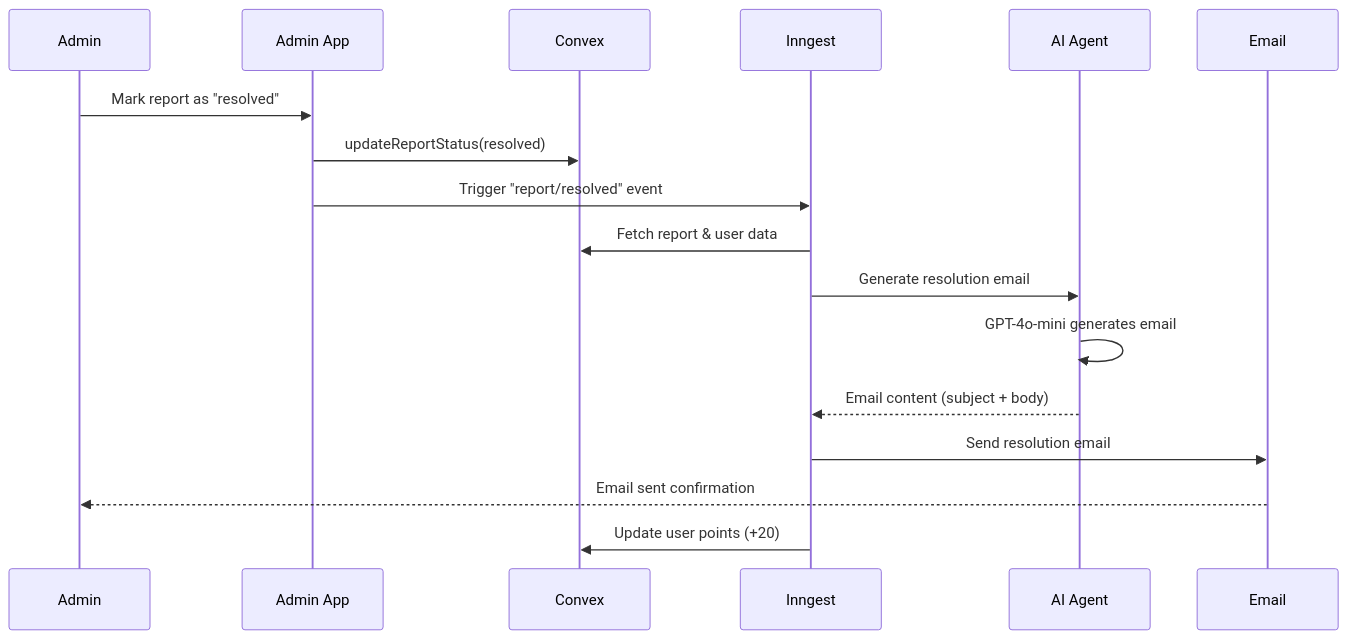
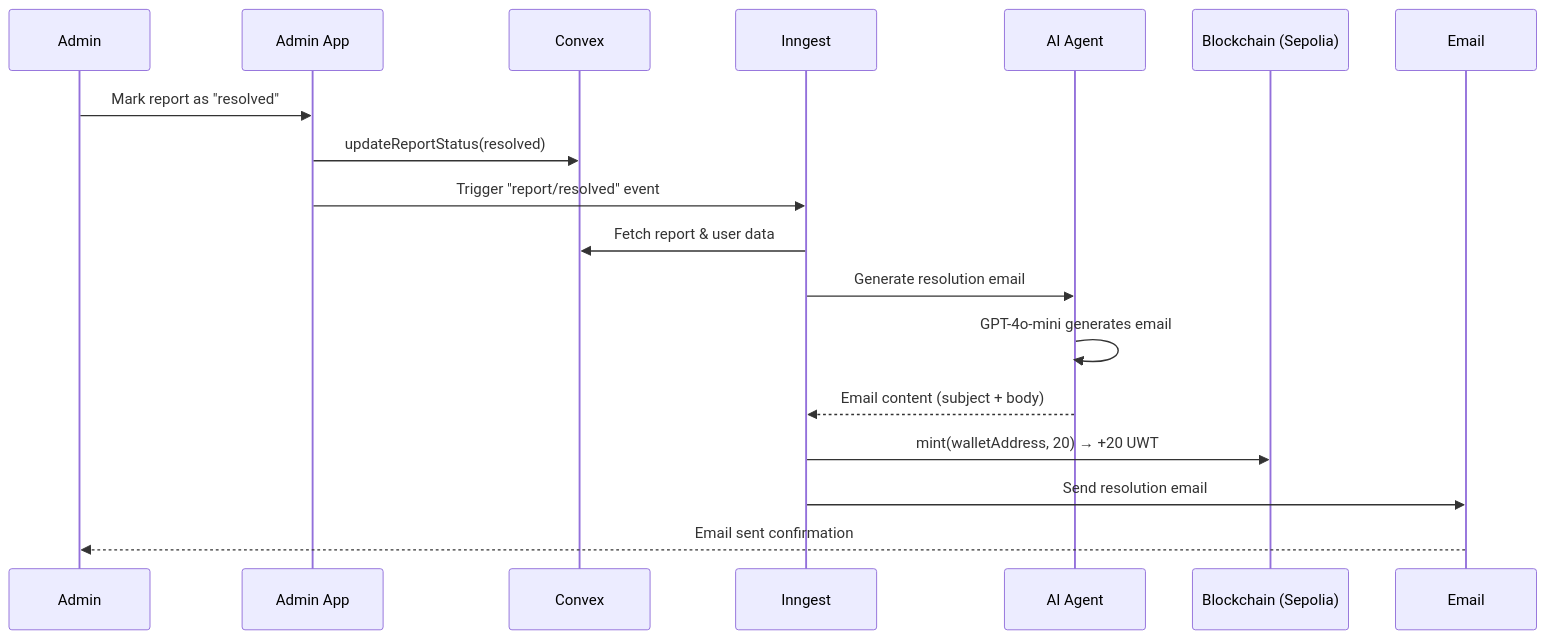
Before and after one commit to nilavtalukdar06/urban-watch: the third of 7 diagrams in README.md, drawn with Mermaid. The commit also changed other lines of this file and 1 other file, not shown here.

````diff
--- a/README.md
+++ b/README.md
@@ -242,20 +264,21 @@
 ```mermaid
 sequenceDiagram
     participant A as Admin
     participant Ad as Admin App
     participant Cx as Convex
     participant I as Inngest
     participant AI as AI Agent
+    participant BC as Blockchain (Sepolia)
     participant E as Email
 
     A->>Ad: Mark report as "resolved"
     Ad->>Cx: updateReportStatus(resolved)
     Ad->>I: Trigger "report/resolved" event
     I->>Cx: Fetch report & user data
     I->>AI: Generate resolution email
     AI->>AI: GPT-4o-mini generates email
     AI-->>I: Email content (subject + body)
+    I->>BC: mint(walletAddress, 20) → +20 UWT
     I->>E: Send resolution email
     E-->>A: Email sent confirmation
-    I->>Cx: Update user points (+20)
 ```
````
